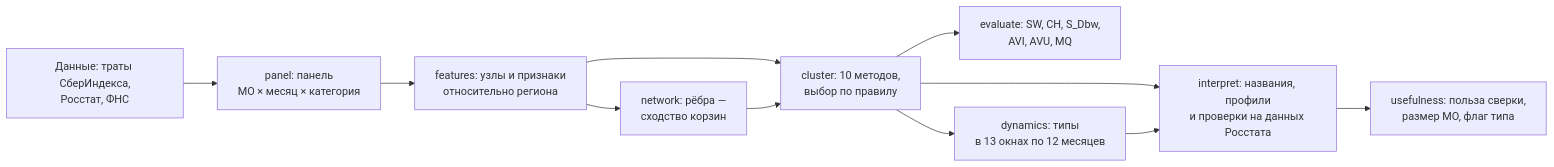
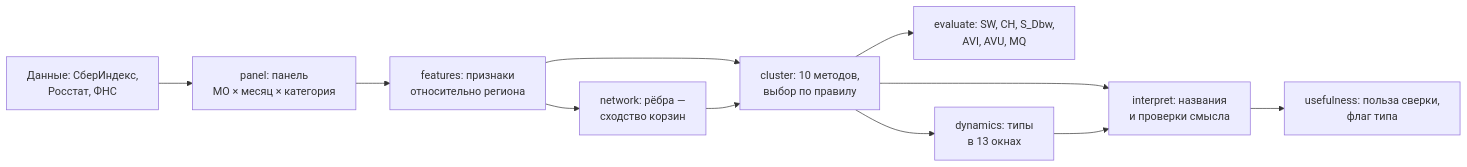
One commit to nik0mir/sberindex changed the diagram in report/report.md. Above: the diagram before and after it, drawn with Mermaid. The commit also changed other lines of this file and 1 other file, not shown here.

````diff
--- a/report/report.md
+++ b/report/report.md
@@ -25,13 +53,13 @@
 ```mermaid
 flowchart LR
-    D["Данные: траты СберИндекса,<br>Росстат, ФНС"] --> P["panel: панель<br>МО × месяц × категория"]
-    P --> F["features: узлы и признаки<br>относительно региона"]
+    D["Данные: СберИндекс,<br>Росстат, ФНС"] --> P["panel: панель<br>МО × месяц × категория"]
+    P --> F["features: признаки<br>относительно региона"]
     F --> N["network: рёбра —<br>сходство корзин"]
     F --> C["cluster: 10 методов,<br>выбор по правилу"]
     N --> C
     C --> E["evaluate: SW, CH, S_Dbw,<br>AVI, AVU, MQ"]
-    C --> Y["dynamics: типы<br>в 13 окнах по 12 месяцев"]
-    C --> I["interpret: названия, профили<br>и проверки на данных Росстата"]
+    C --> Y["dynamics: типы<br>в 13 окнах"]
+    C --> I["interpret: названия<br>и проверки смысла"]
     Y --> I
-    I --> U["usefulness: польза сверки,<br>размер МО, флаг типа"]
+    I --> U["usefulness: польза сверки,<br>флаг типа"]
 ```
````
